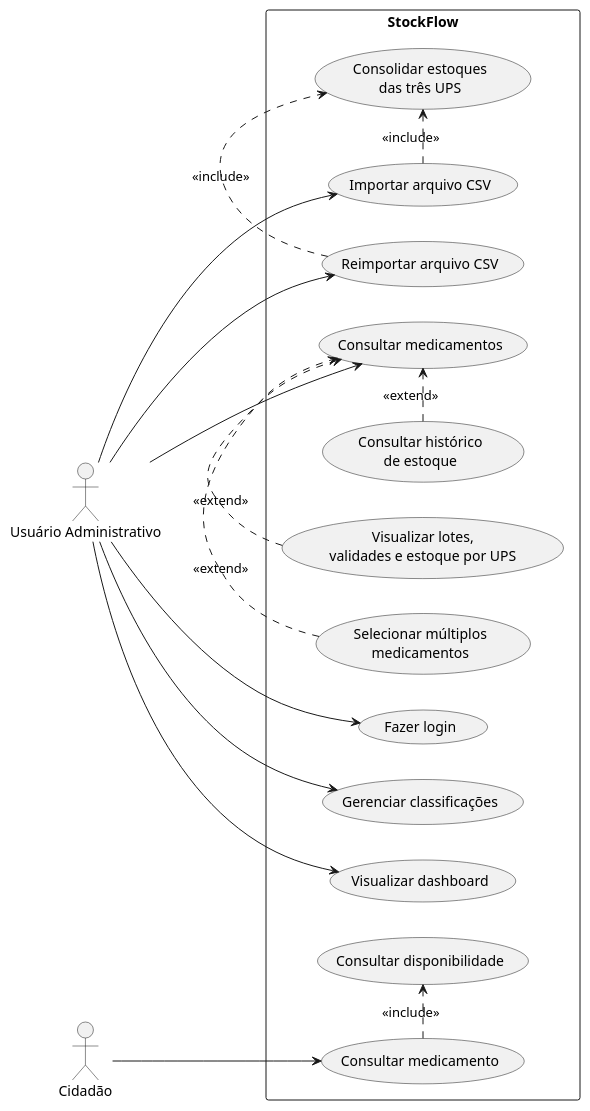
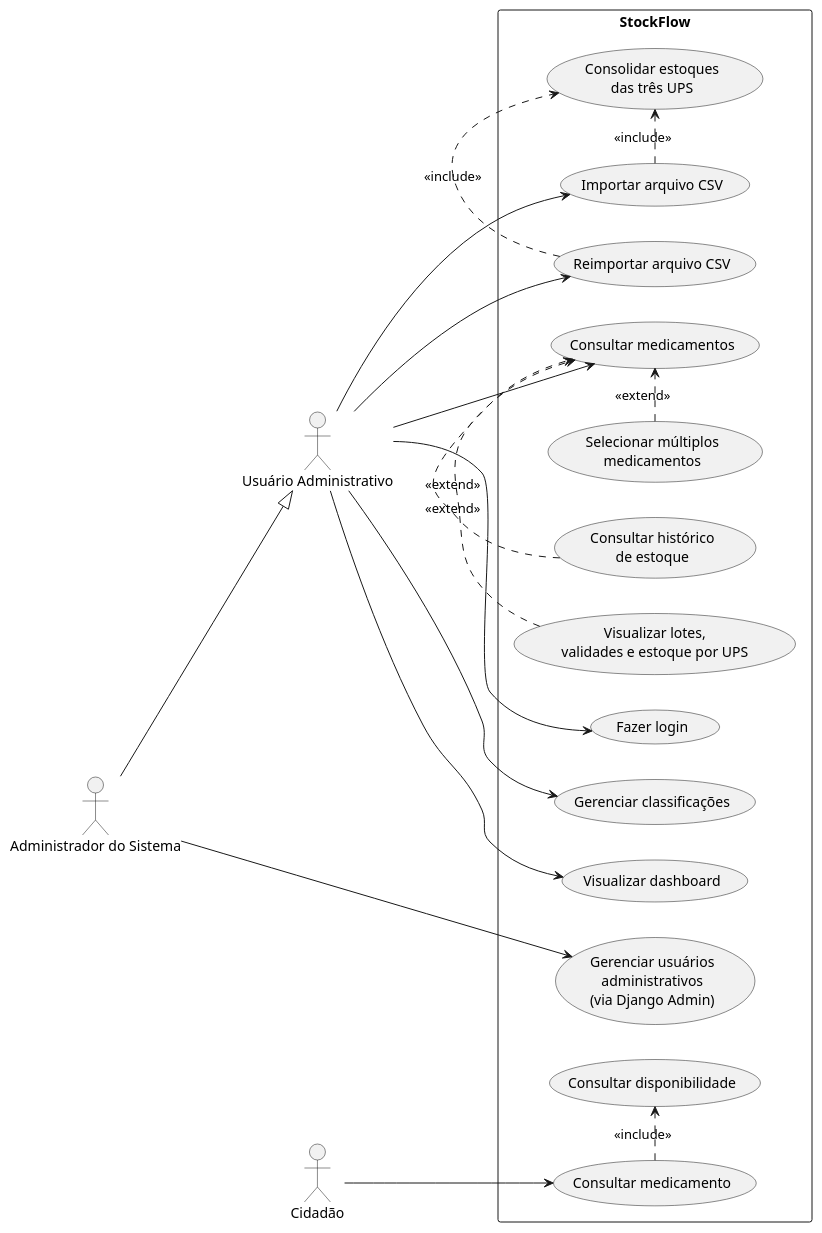
The diagram in docs/diagramas/casos-de-uso/casos-uso-geral.puml (mariaclarapp/stockflow), drawn with PlantUML before and after one commit. The commit also changed 7 other files, not shown here.

```diff
--- a/docs/diagramas/casos-de-uso/casos-uso-geral.puml
+++ b/docs/diagramas/casos-de-uso/casos-uso-geral.puml
@@ -1,46 +1,52 @@
 @startuml
 
 left to right direction
 
 actor "Usuário Administrativo" as Admin
+actor "Administrador do Sistema" as SystemAdmin
 actor "Cidadão" as Cidadao
 
 rectangle "StockFlow" {
 
     usecase "Fazer login" as UC01
 
     usecase "Importar arquivo CSV" as UC02
     usecase "Reimportar arquivo CSV" as UC03
     usecase "Consolidar estoques\ndas três UPS" as UC04
 
     usecase "Consultar medicamentos" as UC05
     usecase "Consultar histórico\nde estoque" as UC06
     usecase "Visualizar lotes,\nvalidades e estoque por UPS" as UC07
     usecase "Selecionar múltiplos\nmedicamentos" as UC08
 
     usecase "Gerenciar classificações" as UC09
     usecase "Visualizar dashboard" as UC10
 
+    usecase "Gerenciar usuários\nadministrativos\n(via Django Admin)" as UC13
+
     usecase "Consultar medicamento" as UC11
     usecase "Consultar disponibilidade" as UC12
 }
 
 Admin --> UC01
 Admin --> UC02
 Admin --> UC03
 Admin --> UC05
 Admin --> UC09
 Admin --> UC10
+
+SystemAdmin --|> Admin
+SystemAdmin --> UC13
 
 Cidadao --> UC11
 
 UC02 .> UC04 : <<include>>
 UC03 .> UC04 : <<include>>
 
 UC06 .> UC05 : <<extend>>
 UC07 .> UC05 : <<extend>>
 UC08 .> UC05 : <<extend>>
 
 UC11 .> UC12 : <<include>>
 
 @enduml
```
